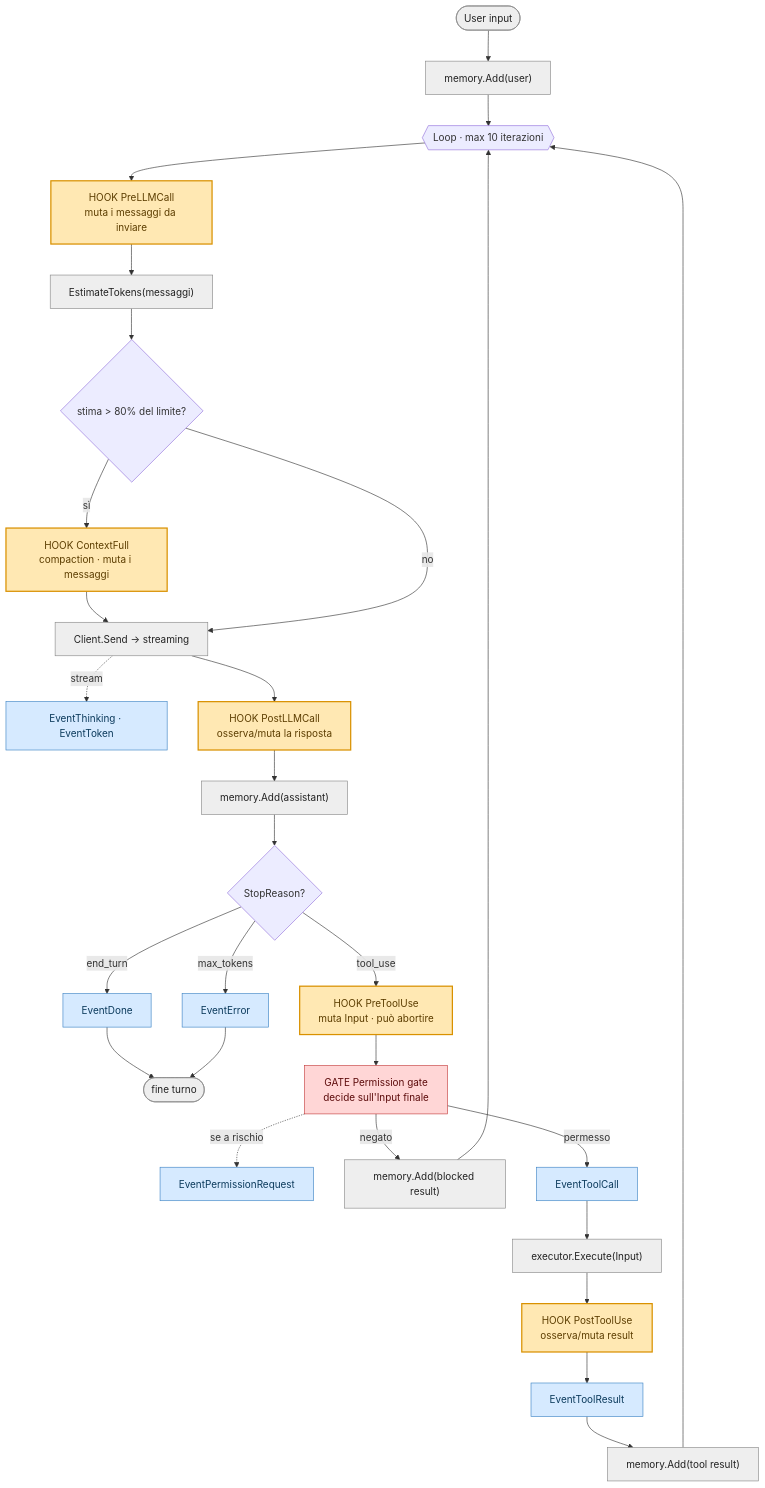
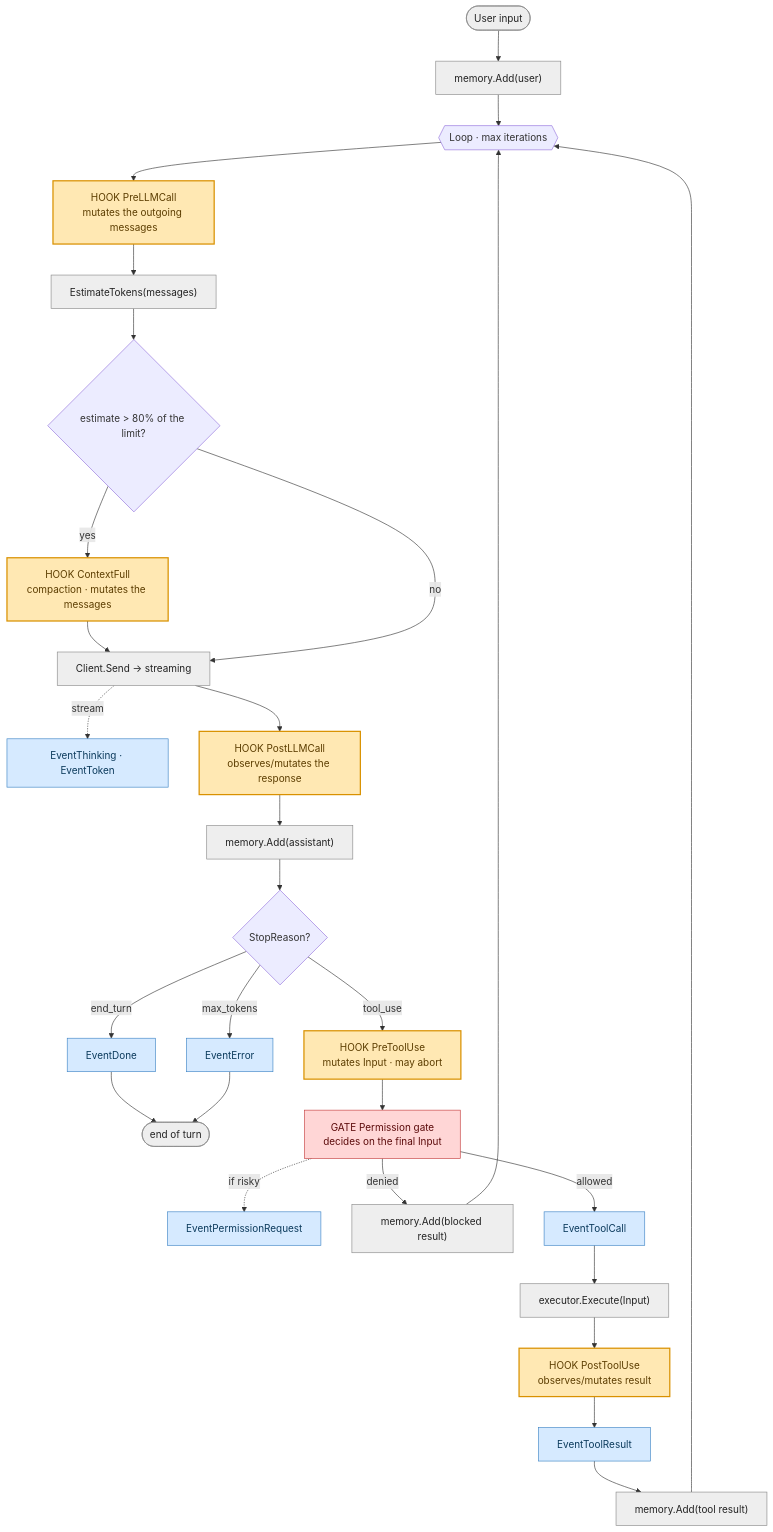
The second of 2 diagrams in docs/agentic-loop.md (Federicoand98/mani), drawn with Mermaid before and after one commit. The commit also changed other lines of this file and 33 other files, not shown here.

````diff
--- a/docs/agentic-loop.md
+++ b/docs/agentic-loop.md
@@ -45,45 +45,45 @@
 ```mermaid
 flowchart TD
     classDef hook fill:#ffe8b3,stroke:#d99100,color:#5c3d00,stroke-width:2px;
     classDef event fill:#d6eaff,stroke:#3b82c4,color:#0b3a5c;
     classDef gate fill:#ffd6d6,stroke:#c43b3b,color:#5c0b0b;
     classDef step fill:#eeeeee,stroke:#888888,color:#222222;
 
     IN(["User input"]):::step
     ADD["memory.Add(user)"]:::step
-    LOOP{{"Loop · max 10 iterazioni"}}
-    PRE["HOOK PreLLMCall<br/>muta i messaggi da inviare"]:::hook
-    EST["EstimateTokens(messaggi)"]:::step
-    CHK{"stima &gt; 80% del limite?"}
-    CF["HOOK ContextFull<br/>compaction · muta i messaggi"]:::hook
+    LOOP{{"Loop · max iterations"}}
+    PRE["HOOK PreLLMCall<br/>mutates the outgoing messages"]:::hook
+    EST["EstimateTokens(messages)"]:::step
+    CHK{"estimate &gt; 80% of the limit?"}
+    CF["HOOK ContextFull<br/>compaction · mutates the messages"]:::hook
     SEND["Client.Send → streaming"]:::step
     SEV["EventThinking · EventToken"]:::event
-    POST["HOOK PostLLMCall<br/>osserva/muta la risposta"]:::hook
+    POST["HOOK PostLLMCall<br/>observes/mutates the response"]:::hook
     ADDA["memory.Add(assistant)"]:::step
     SR{"StopReason?"}
     DONE["EventDone"]:::event
     EERR["EventError"]:::event
-    RET(["fine turno"]):::step
+    RET(["end of turn"]):::step
 
-    TPRE["HOOK PreToolUse<br/>muta Input · può abortire"]:::hook
-    GATE["GATE Permission gate<br/>decide sull'Input finale"]:::gate
+    TPRE["HOOK PreToolUse<br/>mutates Input · may abort"]:::hook
+    GATE["GATE Permission gate<br/>decides on the final Input"]:::gate
     PREQ["EventPermissionRequest"]:::event
     TBLK["memory.Add(blocked result)"]:::step
     TCALL["EventToolCall"]:::event
     TEXEC["executor.Execute(Input)"]:::step
-    TPOST["HOOK PostToolUse<br/>osserva/muta result"]:::hook
+    TPOST["HOOK PostToolUse<br/>observes/mutates result"]:::hook
     TRES["EventToolResult"]:::event
     TADD["memory.Add(tool result)"]:::step
 
     IN --> ADD --> LOOP --> PRE --> EST --> CHK
-    CHK -- "sì" --> CF --> SEND
+    CHK -- "yes" --> CF --> SEND
     CHK -- "no" --> SEND
     SEND -. "stream" .-> SEV
     SEND --> POST --> ADDA --> SR
     SR -- "end_turn" --> DONE --> RET
     SR -- "max_tokens" --> EERR --> RET
     SR -- "tool_use" --> TPRE --> GATE
-    GATE -. "se a rischio" .-> PREQ
-    GATE -- "negato" --> TBLK --> LOOP
-    GATE -- "permesso" --> TCALL --> TEXEC --> TPOST --> TRES --> TADD --> LOOP
+    GATE -. "if risky" .-> PREQ
+    GATE -- "denied" --> TBLK --> LOOP
+    GATE -- "allowed" --> TCALL --> TEXEC --> TPOST --> TRES --> TADD --> LOOP
 ```
````
